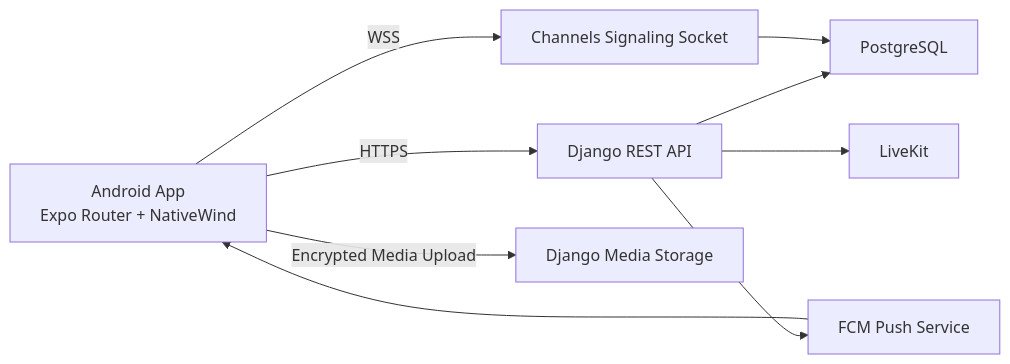
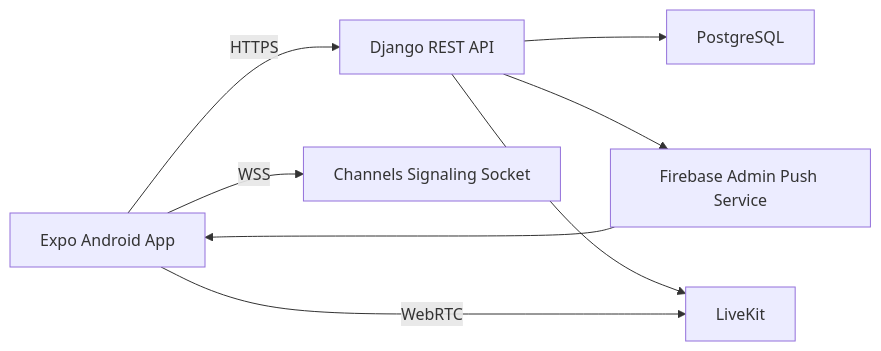
The first of 2 diagrams in docs/COMMUNICATION_APP_REPLAN.md (rafsun-riad/livekit-softphone), drawn with Mermaid before and after one commit. The commit also changed other lines of this file and 4 other files, not shown here.

````diff
--- a/docs/COMMUNICATION_APP_REPLAN.md
+++ b/docs/COMMUNICATION_APP_REPLAN.md
@@ -103,11 +69,10 @@
 ```mermaid
 flowchart LR
-  A[Android App\nExpo Router + NativeWind] -->|HTTPS| B[Django REST API]
-  A -->|WSS| C[Channels Signaling Socket]
-  A -->|Encrypted Media Upload| D[Django Media Storage]
-  B --> E[PostgreSQL]
-  B --> F[FCM Push Service]
-  C --> E
-  B --> G[LiveKit]
-  F --> A
+  M[Expo Android App] -->|HTTPS| API[Django REST API]
+  M -->|WSS| WS[Channels Signaling Socket]
+  API --> DB[PostgreSQL]
+  API --> FCM[Firebase Admin Push Service]
+  API --> LK[LiveKit]
+  FCM --> M
+  M -->|WebRTC| LK
 ```
````
